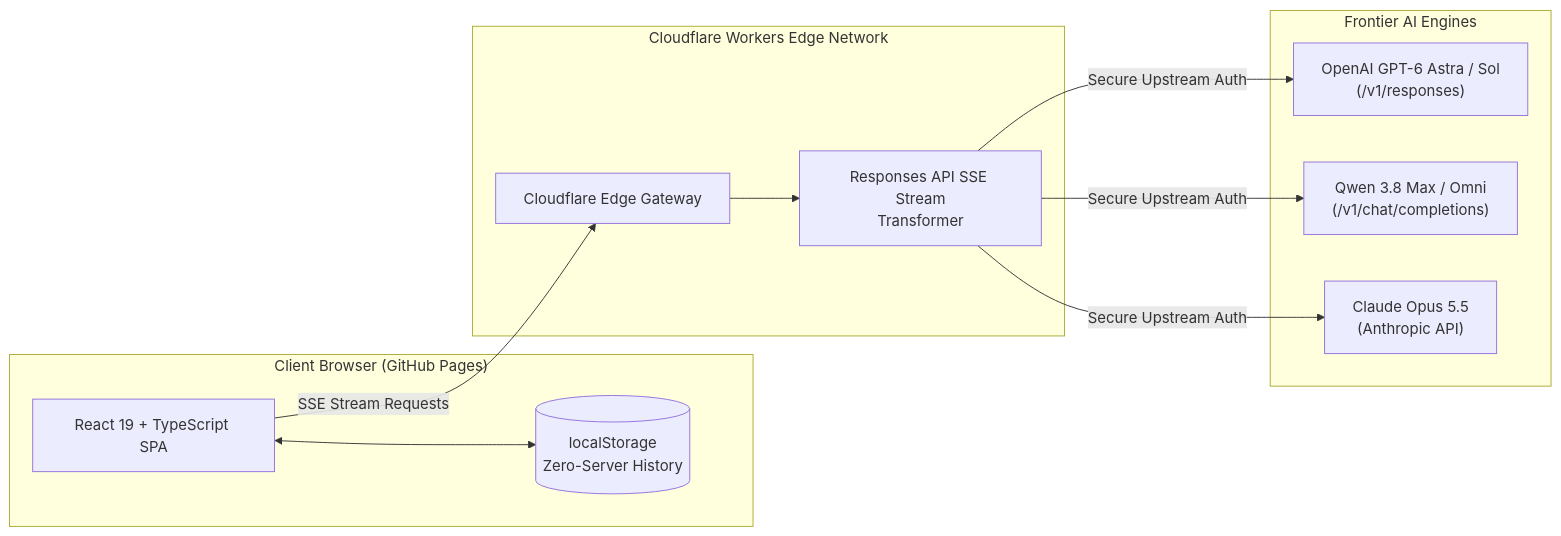
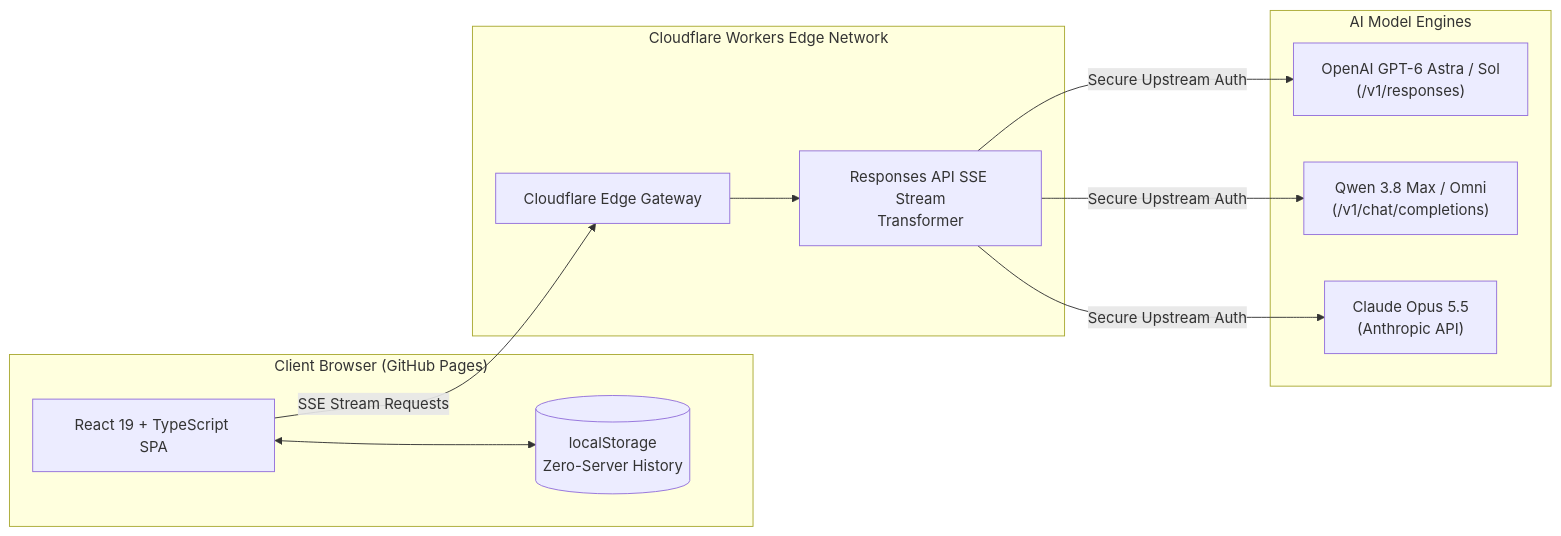
The diagram in README.md (MuntasirMalek/Orion-Nebula-GPT), drawn with Mermaid before and after one commit. The commit also changed other lines of this file and 8 other files, not shown here.

Commit message:
chore(ui): use company names for model badges and remove frontier terminology

````diff
--- a/README.md
+++ b/README.md
@@ -87,25 +87,25 @@
 ```mermaid
 flowchart LR
     subgraph Client ["Client Browser (GitHub Pages)"]
         SPA["React 19 + TypeScript SPA"]
         LS[("localStorage\nZero-Server History")]
         SPA <--> LS
     end
 
     subgraph Edge ["Cloudflare Workers Edge Network"]
         CF["Cloudflare Edge Gateway"]
         Bridge["Responses API SSE Stream\nTransformer"]
         CF --> Bridge
     end
 
-    subgraph Upstream ["Frontier AI Engines"]
+    subgraph Upstream ["AI Model Engines"]
         OAI["OpenAI GPT-6 Astra / Sol\n(/v1/responses)"]
         QWEN["Qwen 3.8 Max / Omni\n(/v1/chat/completions)"]
         ANTH["Claude Opus 5.5\n(Anthropic API)"]
     end
 
     SPA -- "SSE Stream Requests" --> CF
     Bridge -- "Secure Upstream Auth" --> OAI
     Bridge -- "Secure Upstream Auth" --> QWEN
     Bridge -- "Secure Upstream Auth" --> ANTH
 ```
````
